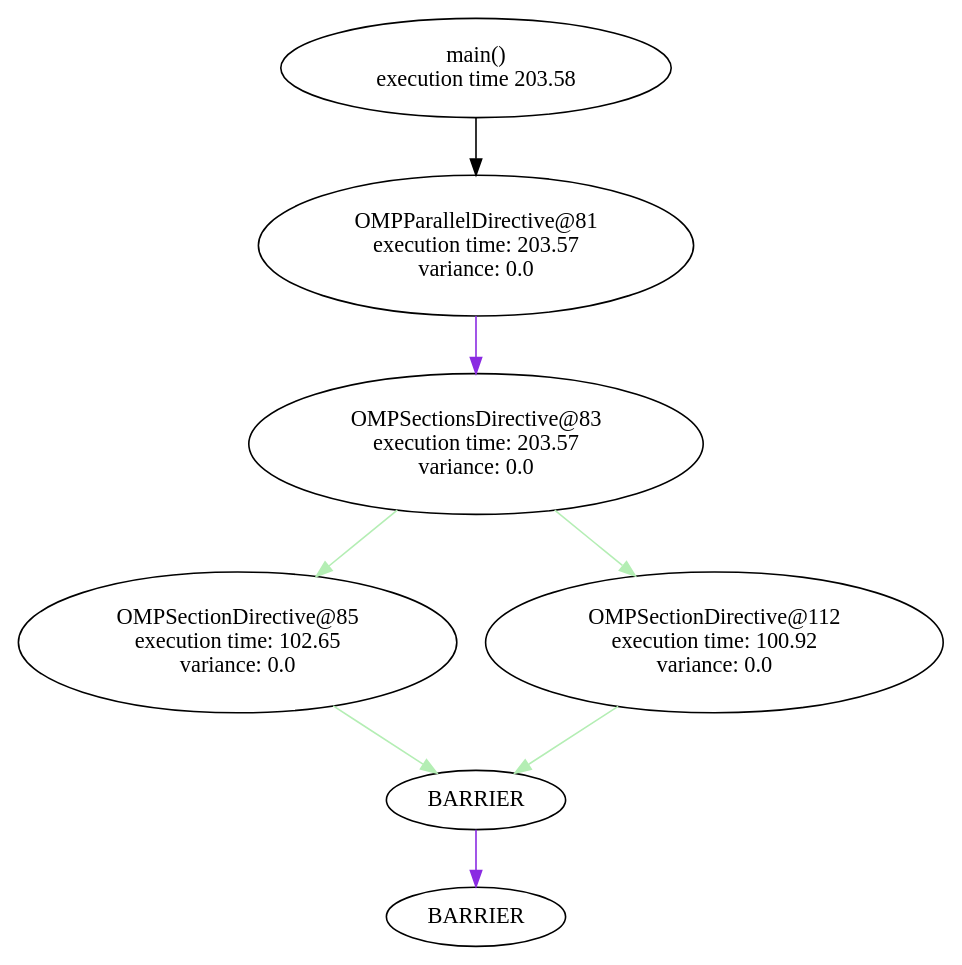
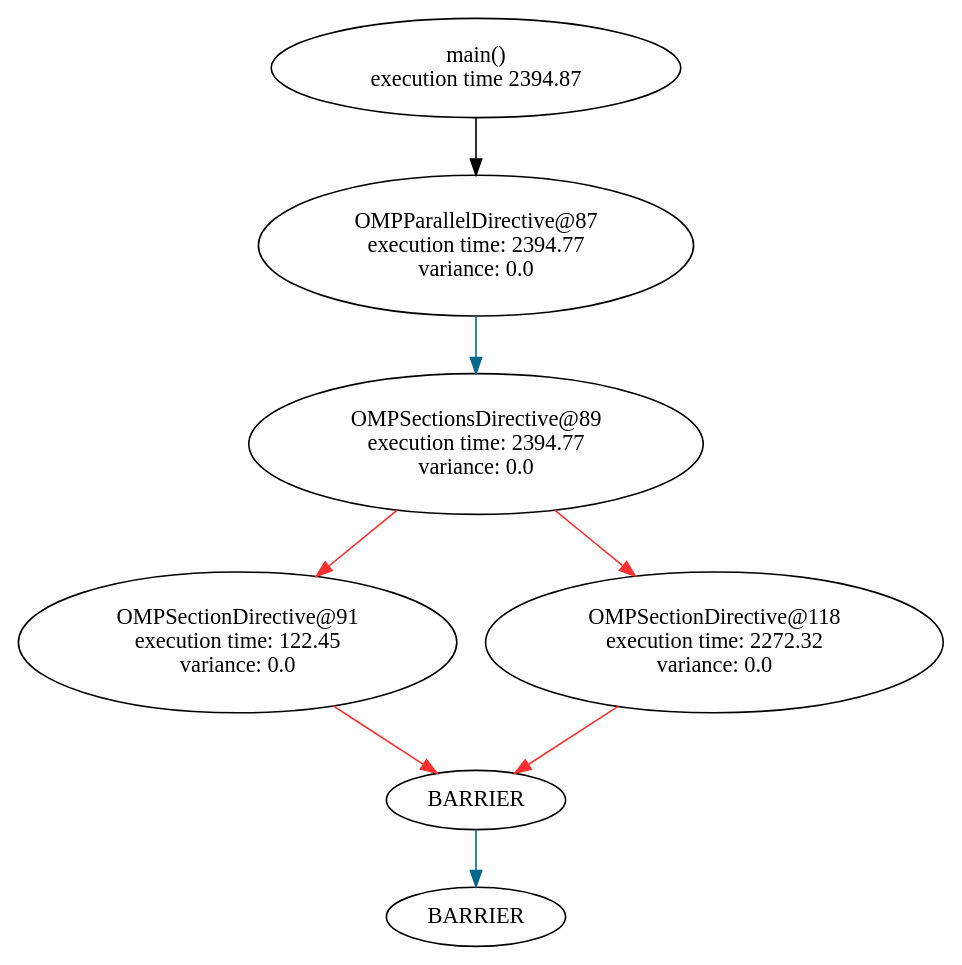
Before and after one commit to filippobrizzi/soma: the diagram in graph_sched/graphs/main_flow.dot, drawn with Graphviz. The commit also changed 25 other files, not shown here.

```diff
--- a/graph_sched/graphs/main_flow.dot
+++ b/graph_sched/graphs/main_flow.dot
@@ -1,18 +1,18 @@
 digraph G {
 	node [label="\N"];
 	graph [bb="0,0,578,582"];
-	62 [label="main()\nexecution time 203.58", root=62, pos="286,551", width="3.3889", height="0.86111"];
-	81 [label="OMPParallelDirective@81\nexecution time: 203.57\nvariance: 0.0", root=62, pos="286,440", width="3.7778", height="1.2222"];
-	83 [label="OMPSectionsDirective@83\nexecution time: 203.57\nvariance: 0.0", root=62, pos="286,316", width="3.9444", height="1.2222"];
-	85 [label="OMPSectionDirective@85\nexecution time: 102.65\nvariance: 0.0", root=62, pos="137,192", width="3.8056", height="1.2222"];
-	"83_end" [label=BARRIER, root=62, pos="286,93", width="1.5556", height="0.51389"];
-	112 [label="OMPSectionDirective@112\nexecution time: 100.92\nvariance: 0.0", root=62, pos="435,192", width="3.9722", height="1.2222"];
-	"81_end" [label=BARRIER, root=62, pos="286,19", width="1.5556", height="0.51389"];
-	62 -> 81 [pos="e,286,484.23 286,519.78 286,511.86 286,503.11 286,494.39"];
-	81 -> 83 [color=blueviolet, pos="e,286,360.34 286,395.93 286,387.72 286,379.04 286,370.56"];
-	83 -> 85 [color=darkseagreen2, pos="e,186.4,233.11 236.39,274.71 222.94,263.52 208.27,251.31 194.43,239.8"];
-	85 -> "83_end" [color=darkseagreen2, pos="e,260.83,109.72 196.75,152.3 215.6,139.78 235.77,126.38 252.15,115.49"];
-	83 -> 112 [color=darkseagreen2, pos="e,385.35,233.32 335.61,274.71 348.99,263.58 363.57,251.44 377.35,239.98"];
-	112 -> "83_end" [color=darkseagreen2, pos="e,311.01,109.62 374.83,152.02 356.02,139.52 335.94,126.18 319.64,115.35"];
-	"83_end" -> "81_end" [color=blueviolet, pos="e,286,37.667 286,74.327 286,66.264 286,56.648 286,47.711"];
+	68 [label="main()\nexecution time 2394.87", root=68, pos="286,551", width="3.5556", height="0.86111"];
+	87 [label="OMPParallelDirective@87\nexecution time: 2394.77\nvariance: 0.0", root=68, pos="286,440", width="3.7778", height="1.2222"];
+	89 [label="OMPSectionsDirective@89\nexecution time: 2394.77\nvariance: 0.0", root=68, pos="286,316", width="3.9444", height="1.2222"];
+	91 [label="OMPSectionDirective@91\nexecution time: 122.45\nvariance: 0.0", root=68, pos="137,192", width="3.8056", height="1.2222"];
+	"89_end" [label=BARRIER, root=68, pos="286,93", width="1.5556", height="0.51389"];
+	118 [label="OMPSectionDirective@118\nexecution time: 2272.32\nvariance: 0.0", root=68, pos="435,192", width="3.9722", height="1.2222"];
+	"87_end" [label=BARRIER, root=68, pos="286,19", width="1.5556", height="0.51389"];
+	68 -> 87 [pos="e,286,484.23 286,519.78 286,511.86 286,503.11 286,494.39"];
+	87 -> 89 [color=deepskyblue4, pos="e,286,360.34 286,395.93 286,387.72 286,379.04 286,370.56"];
+	89 -> 91 [color=firebrick1, pos="e,186.4,233.11 236.39,274.71 222.94,263.52 208.27,251.31 194.43,239.8"];
+	91 -> "89_end" [color=firebrick1, pos="e,260.83,109.72 196.75,152.3 215.6,139.78 235.77,126.38 252.15,115.49"];
+	89 -> 118 [color=firebrick1, pos="e,385.35,233.32 335.61,274.71 348.99,263.58 363.57,251.44 377.35,239.98"];
+	118 -> "89_end" [color=firebrick1, pos="e,311.01,109.62 374.83,152.02 356.02,139.52 335.94,126.18 319.64,115.35"];
+	"89_end" -> "87_end" [color=deepskyblue4, pos="e,286,37.667 286,74.327 286,66.264 286,56.648 286,47.711"];
 }
```
